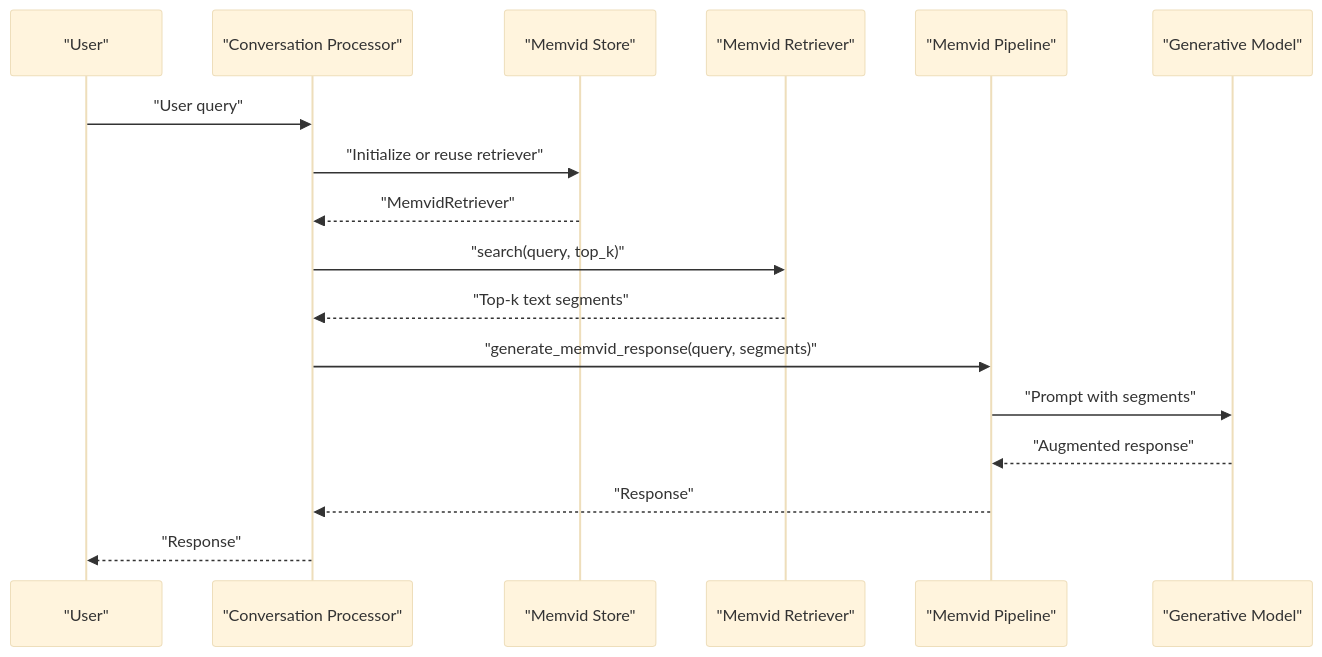
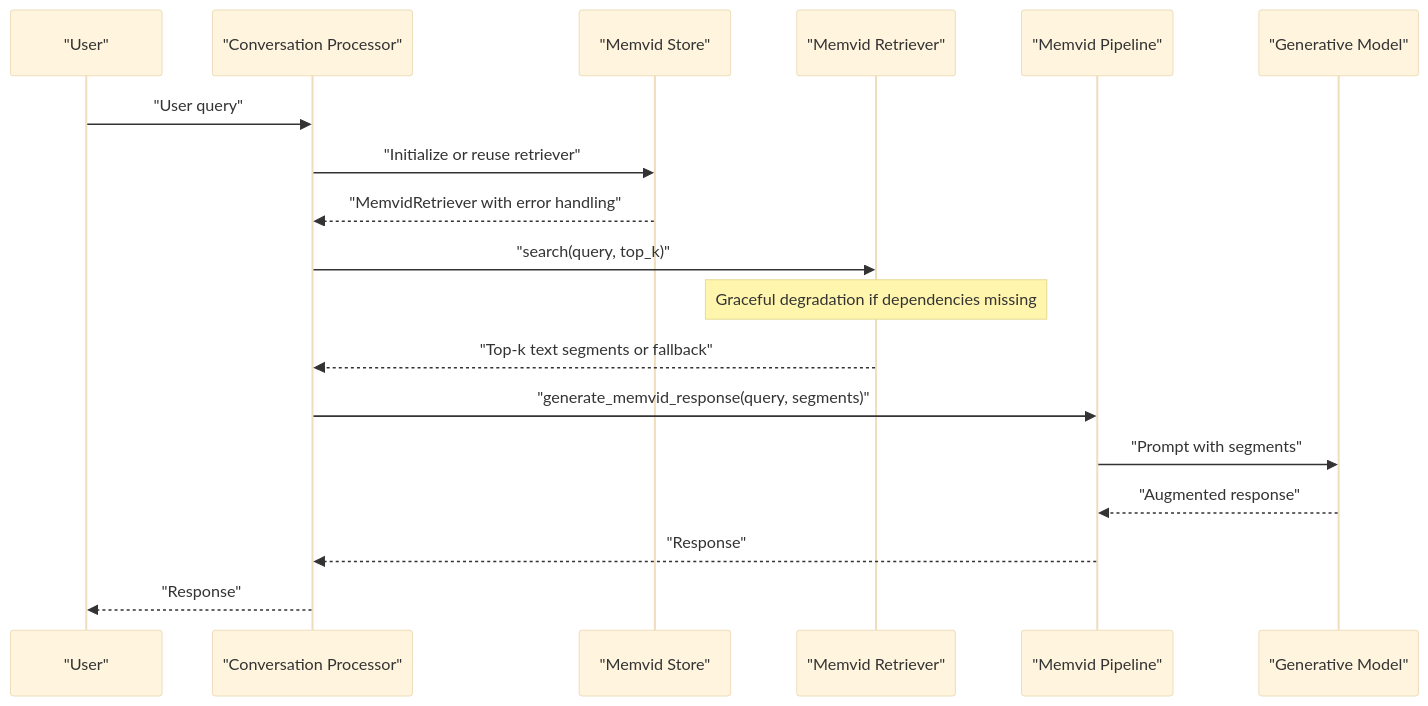
One commit to MOK-5-ha/MayaMCP changed the second of 8 diagrams in .qoder/repowiki/en/content/Retrieval-Augmented Generation (RAG)/Memvid Video Memory System.md. Above: the diagram before and after it, drawn with Mermaid (base theme). The commit also changed other lines of this file and 27 other files, not shown here.

````diff
--- a/.qoder/repowiki/en/content/Retrieval-Augmented Generation (RAG)/Memvid Video Memory System.md
+++ b/.qoder/repowiki/en/content/Retrieval-Augmented Generation (RAG)/Memvid Video Memory System.md
@@ -114,19 +133,20 @@
 ```mermaid
 sequenceDiagram
 participant User as "User"
 participant Conv as "Conversation Processor"
 participant MemvidStore as "Memvid Store"
 participant Retriever as "Memvid Retriever"
 participant Pipeline as "Memvid Pipeline"
 participant LLM as "Generative Model"
 User->>Conv : "User query"
 Conv->>MemvidStore : "Initialize or reuse retriever"
-MemvidStore-->>Conv : "MemvidRetriever"
+MemvidStore-->>Conv : "MemvidRetriever with error handling"
 Conv->>Retriever : "search(query, top_k)"
-Retriever-->>Conv : "Top-k text segments"
+Note over Retriever : Graceful degradation if dependencies missing
+Retriever-->>Conv : "Top-k text segments or fallback"
 Conv->>Pipeline : "generate_memvid_response(query, segments)"
 Pipeline->>LLM : "Prompt with segments"
 LLM-->>Pipeline : "Augmented response"
 Pipeline-->>Conv : "Response"
 Conv-->>User : "Response"
 ```
````
